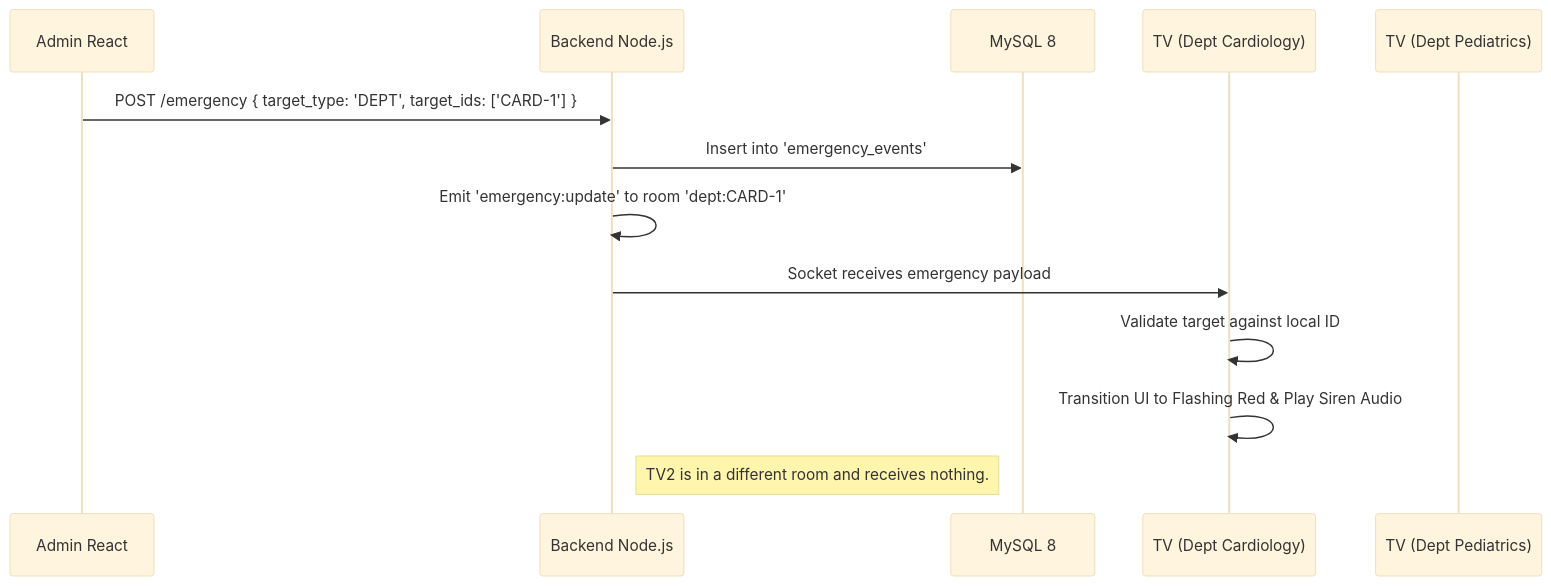
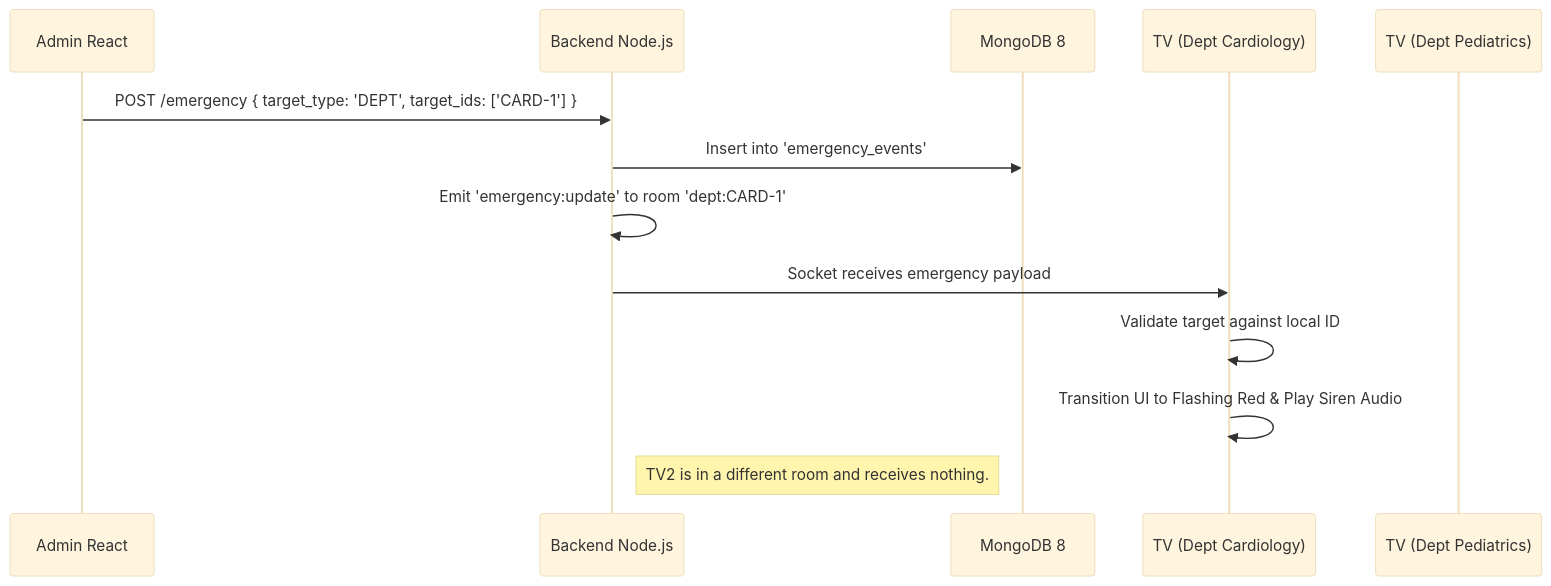
Before and after one commit to Rajkumar1813/JJM: the third of 3 diagrams in SYSTEM_ARCHITECTURE_AND_FLOW.md, drawn with Mermaid (base theme). The commit also changed other lines of this file and 91 other files, not shown here.

Commit message:
My sql replace to mongo

````diff
--- a/SYSTEM_ARCHITECTURE_AND_FLOW.md
+++ b/SYSTEM_ARCHITECTURE_AND_FLOW.md
@@ -67,18 +67,18 @@
 ```mermaid
 sequenceDiagram
     participant UI as Admin React
     participant API as Backend Node.js
-    participant DB as MySQL 8
+    participant DB as MongoDB 8
     participant TV1 as TV (Dept Cardiology)
     participant TV2 as TV (Dept Pediatrics)
     
     UI->>API: POST /emergency { target_type: 'DEPT', target_ids: ['CARD-1'] }
     API->>DB: Insert into 'emergency_events'
     API->>API: Emit 'emergency:update' to room 'dept:CARD-1'
     
     API->>TV1: Socket receives emergency payload
     TV1->>TV1: Validate target against local ID
     TV1->>TV1: Transition UI to Flashing Red & Play Siren Audio
     
     Note right of API: TV2 is in a different room and receives nothing.
 ```
````
